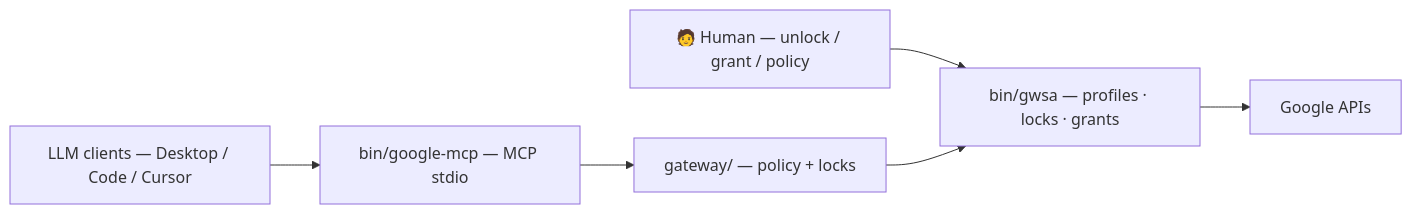
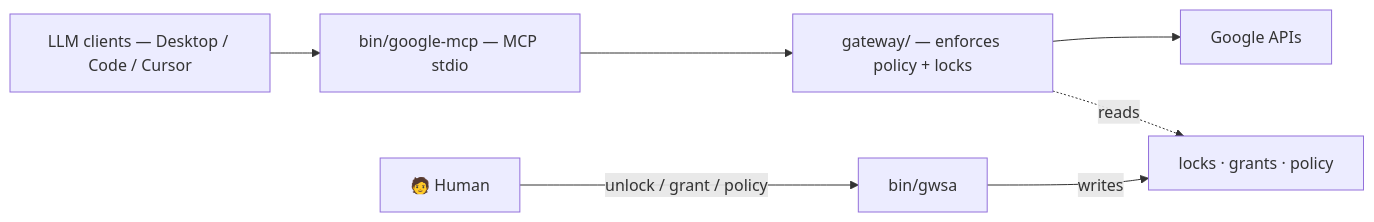
One commit to elzinko/google-mcp-multi-account changed the diagram in README.md. Above: the diagram before and after it, drawn with Mermaid. The commit also changed other lines of this file and 8 other files, not shown here.

First line of the commit message:
docs: pré-v1 — gws, critique.md, Quickstart, mermaid, gwsa, déploiement Pages (0074)

````diff
--- a/README.md
+++ b/README.md
@@ -55,11 +67,13 @@
 ```mermaid
 flowchart LR
-    USER["🧑 Human — unlock / grant / policy"]
+    USER["🧑 Human"]
     LLM["LLM clients — Desktop / Code / Cursor"]
     MCP["bin/google-mcp — MCP stdio"]
-    GW["gateway/ — policy + locks"]
-    GWSA["bin/gwsa — profiles · locks · grants"]
+    GW["gateway/ — enforces policy + locks"]
+    STATE["locks · grants · policy"]
+    GWSA["bin/gwsa"]
     GOOGLE["Google APIs"]
-    USER --> GWSA
-    LLM --> MCP --> GW --> GWSA --> GOOGLE
+    LLM --> MCP --> GW --> GOOGLE
+    GW -.->|reads| STATE
+    USER -->|unlock / grant / policy| GWSA -->|writes| STATE
 ```
````
